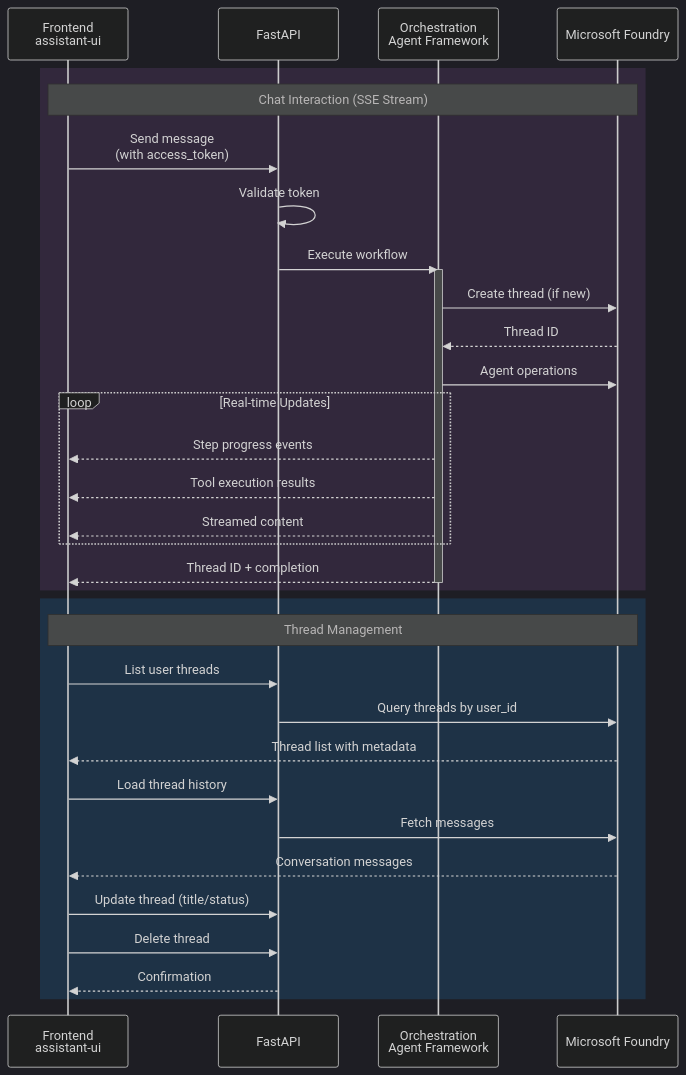
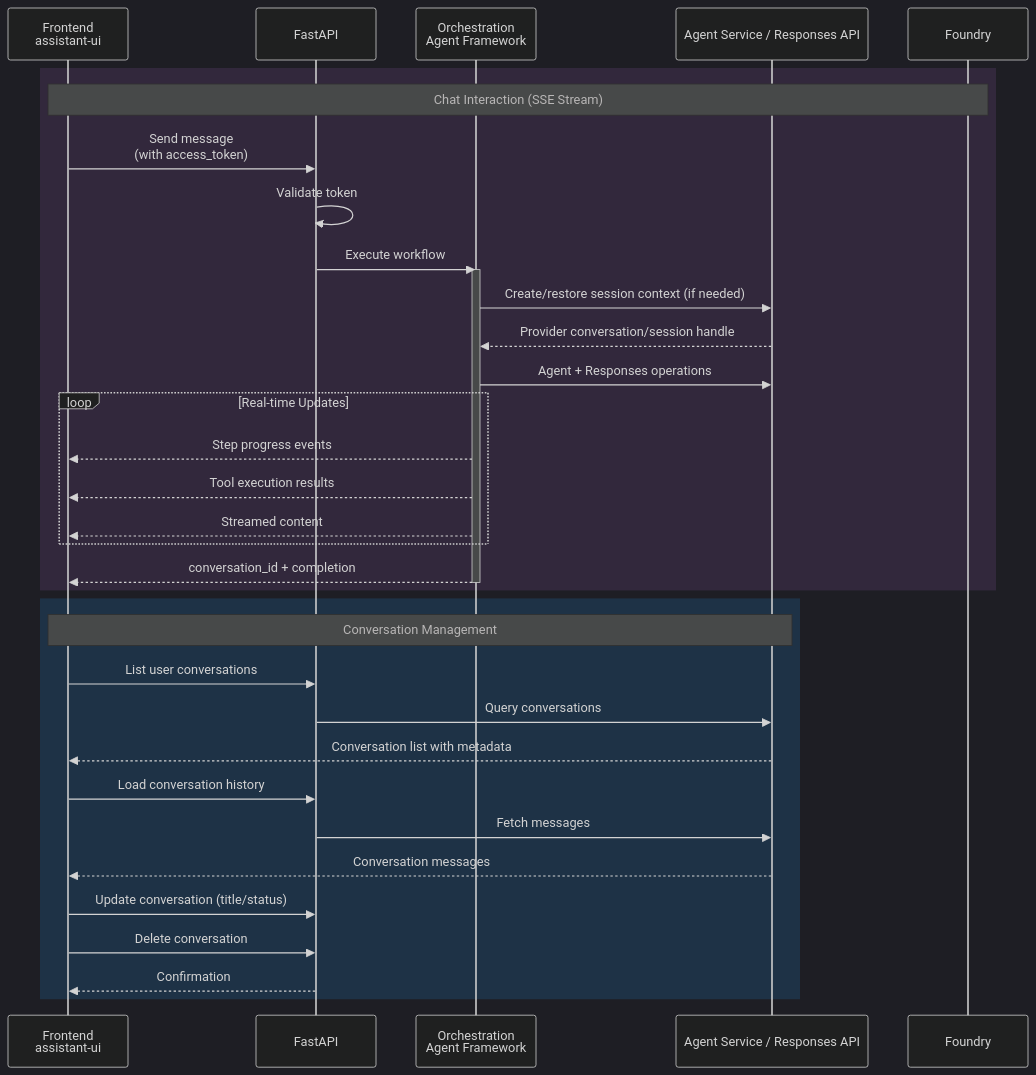
One commit to travisnielsen/cadence changed the first of 2 diagrams in src/backend/README.md. Above: the diagram before and after it, drawn with Mermaid. The commit also changed other lines of this file and 39 other files, not shown here.

````diff
--- a/src/backend/README.md
+++ b/src/backend/README.md
@@ -11,43 +11,43 @@
 ```mermaid
 %%{init: {'theme': 'dark'}}%%
 sequenceDiagram
     participant Client as Frontend<br/>assistant-ui
     participant API as FastAPI
     participant MAF as Orchestration<br/>Agent Framework
-    participant Foundry as Microsoft Foundry
+    participant Provider as Agent Service / Responses API
 
     rect rgb(50, 40, 60)
         Note over Client, Foundry: Chat Interaction (SSE Stream)
         Client->>API: Send message<br/>(with access_token)
         API->>API: Validate token
         API->>MAF: Execute workflow
         activate MAF
-        MAF->>Foundry: Create thread (if new)
-        Foundry-->>MAF: Thread ID
-        MAF->>Foundry: Agent operations
+        MAF->>Provider: Create/restore session context (if needed)
+        Provider-->>MAF: Provider conversation/session handle
+        MAF->>Provider: Agent + Responses operations
 
         loop Real-time Updates
             MAF-->>Client: Step progress events
             MAF-->>Client: Tool execution results
             MAF-->>Client: Streamed content
         end
 
-        MAF-->>Client: Thread ID + completion
+        MAF-->>Client: conversation_id + completion
         deactivate MAF
     end
 
     rect rgb(30, 50, 70)
-        Note over Client, Foundry: Thread Management
-        Client->>API: List user threads
-        API->>Foundry: Query threads by user_id
-        Foundry-->>Client: Thread list with metadata
+        Note over Client, Provider: Conversation Management
+        Client->>API: List user conversations
+        API->>Provider: Query conversations
+        Provider-->>Client: Conversation list with metadata
 
-        Client->>API: Load thread history
-        API->>Foundry: Fetch messages
-        Foundry-->>Client: Conversation messages
+        Client->>API: Load conversation history
+        API->>Provider: Fetch messages
+        Provider-->>Client: Conversation messages
 
-        Client->>API: Update thread (title/status)
-        Client->>API: Delete thread
+        Client->>API: Update conversation (title/status)
+        Client->>API: Delete conversation
         API-->>Client: Confirmation
     end
 ```
````
